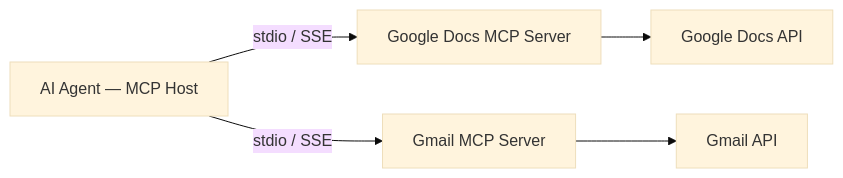
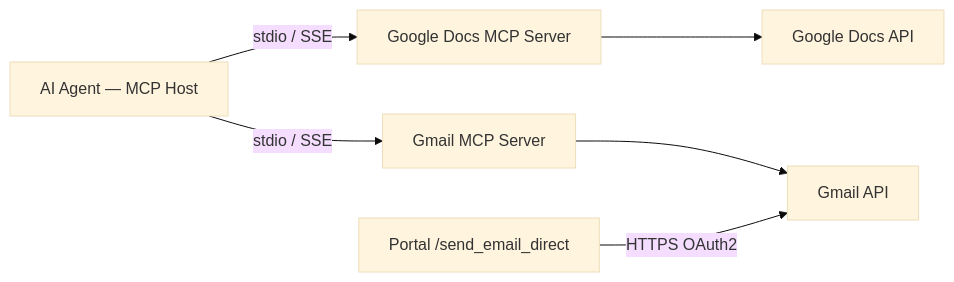
The second of 2 diagrams in docs/architecture.md (Shakshi-970/App-Review-Insights-Analyser), drawn with Mermaid (base theme) before and after one commit. The commit also changed other lines of this file and 2 other files, not shown here.

First line of the commit message:
Update architecture and implementation plan to reflect full build

````diff
--- a/docs/architecture.md
+++ b/docs/architecture.md
@@ -212,7 +216,8 @@
 ```mermaid
 graph LR
     A[AI Agent — MCP Host] -->|stdio / SSE| B[Google Docs MCP Server]
     A -->|stdio / SSE| C[Gmail MCP Server]
     B --> D[Google Docs API]
     C --> E[Gmail API]
+    PORTAL[Portal /send_email_direct] -->|HTTPS OAuth2| E
 ```
````
